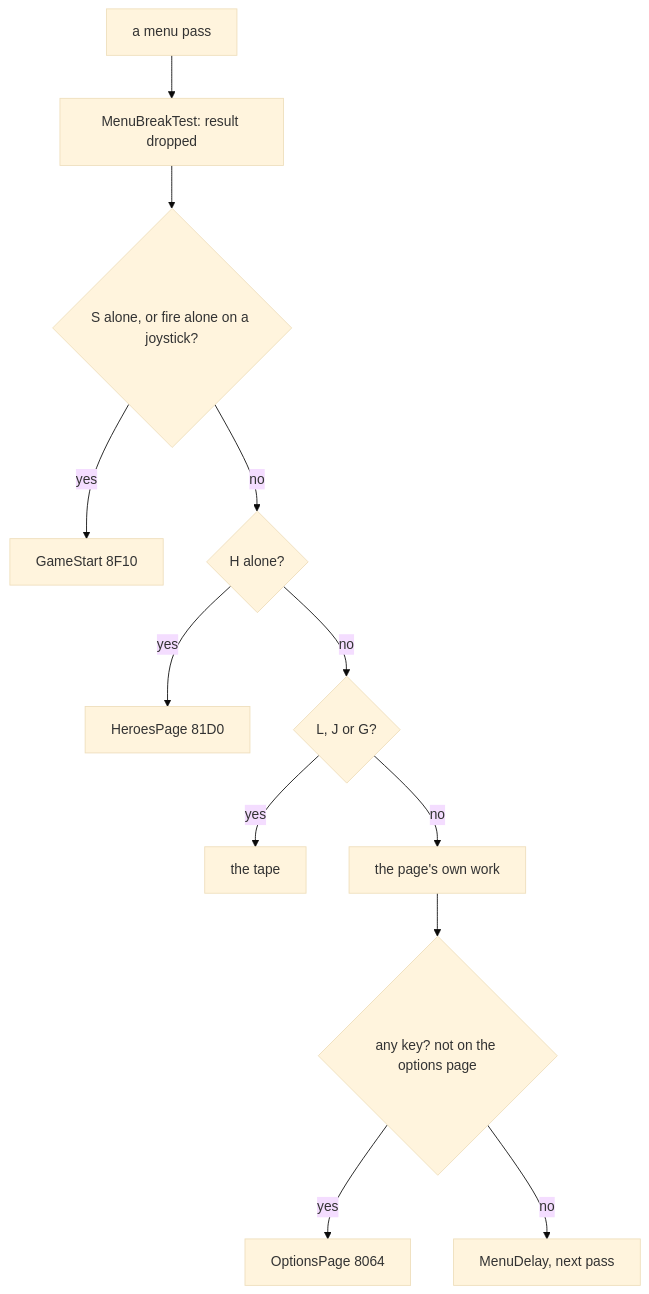
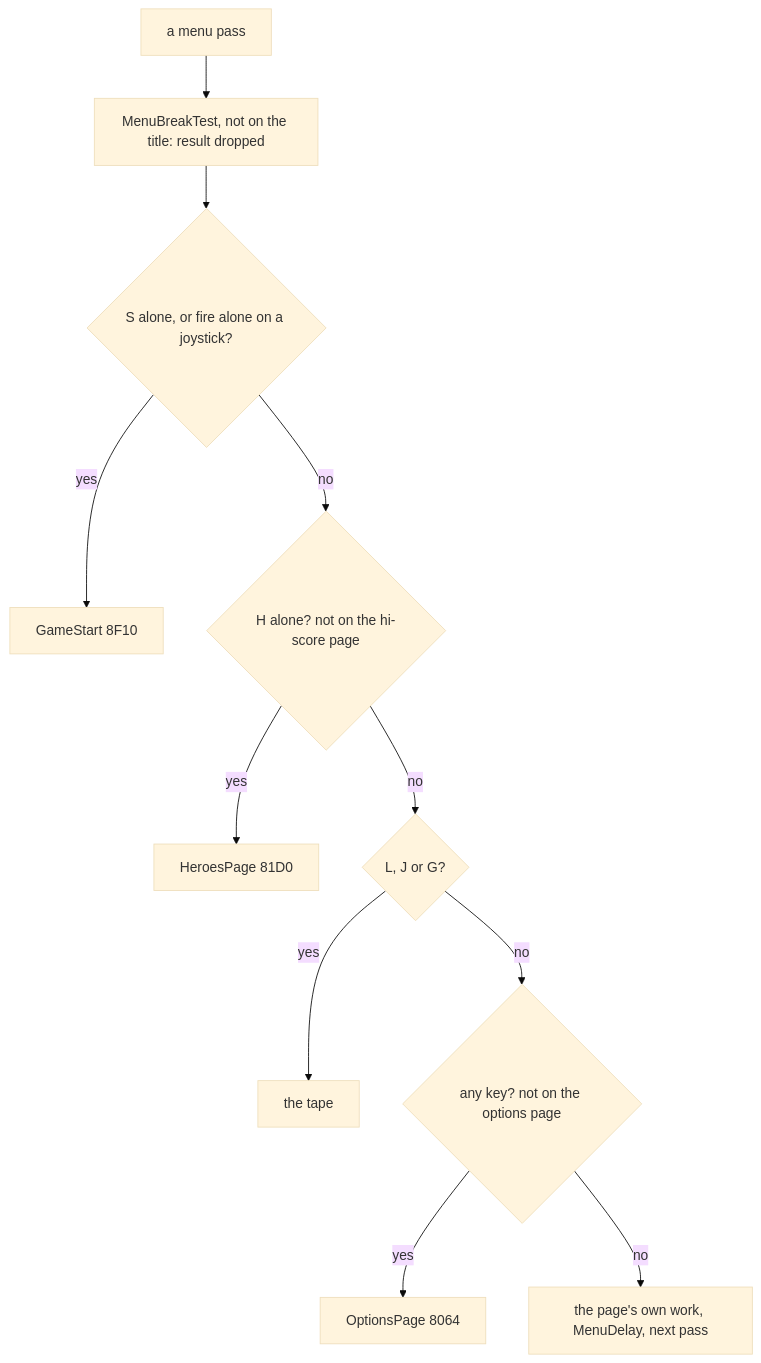
One commit to alfishe/unrealng-reverse-cases changed the fourth of 6 diagrams in games/moon-patrol/docs/05-controls.md. Above: the diagram before and after it, drawn with Mermaid (base theme). The commit also changed other lines of this file and 25 other files, not shown here.

Commit message:
Moon Patrol review round 1 (58 findings: 52 accepted, 5 in part, 1 rejected) worked: the pass 7.05 frames defined once, the tune's 16 periods with HL = word, the hi-score slot search, the wheels' step, the stack bottom $C2FC; hi-score entry asm and example, the three images figure

````diff
--- a/games/moon-patrol/docs/05-controls.md
+++ b/games/moon-patrol/docs/05-controls.md
@@ -552,14 +555,13 @@
 ```mermaid
 flowchart TD
-    P[a menu pass] --> B[MenuBreakTest: result dropped]
+    P[a menu pass] --> B[MenuBreakTest, not on the title: result dropped]
     B --> S{S alone, or fire alone on a joystick?}
     S -->|yes| GS[GameStart 8F10]
-    S -->|no| H{H alone?}
+    S -->|no| H{H alone? not on the hi-score page}
     H -->|yes| HP[HeroesPage 81D0]
     H -->|no| T{L, J or G?}
     T -->|yes| TP[the tape]
-    T -->|no| PG[the page's own work]
-    PG --> A{any key? not on the options page}
+    T -->|no| A{any key? not on the options page}
     A -->|yes| OP[OptionsPage 8064]
-    A -->|no| D[MenuDelay, next pass]
+    A -->|no| PG[the page's own work, MenuDelay, next pass]
 ```
````
